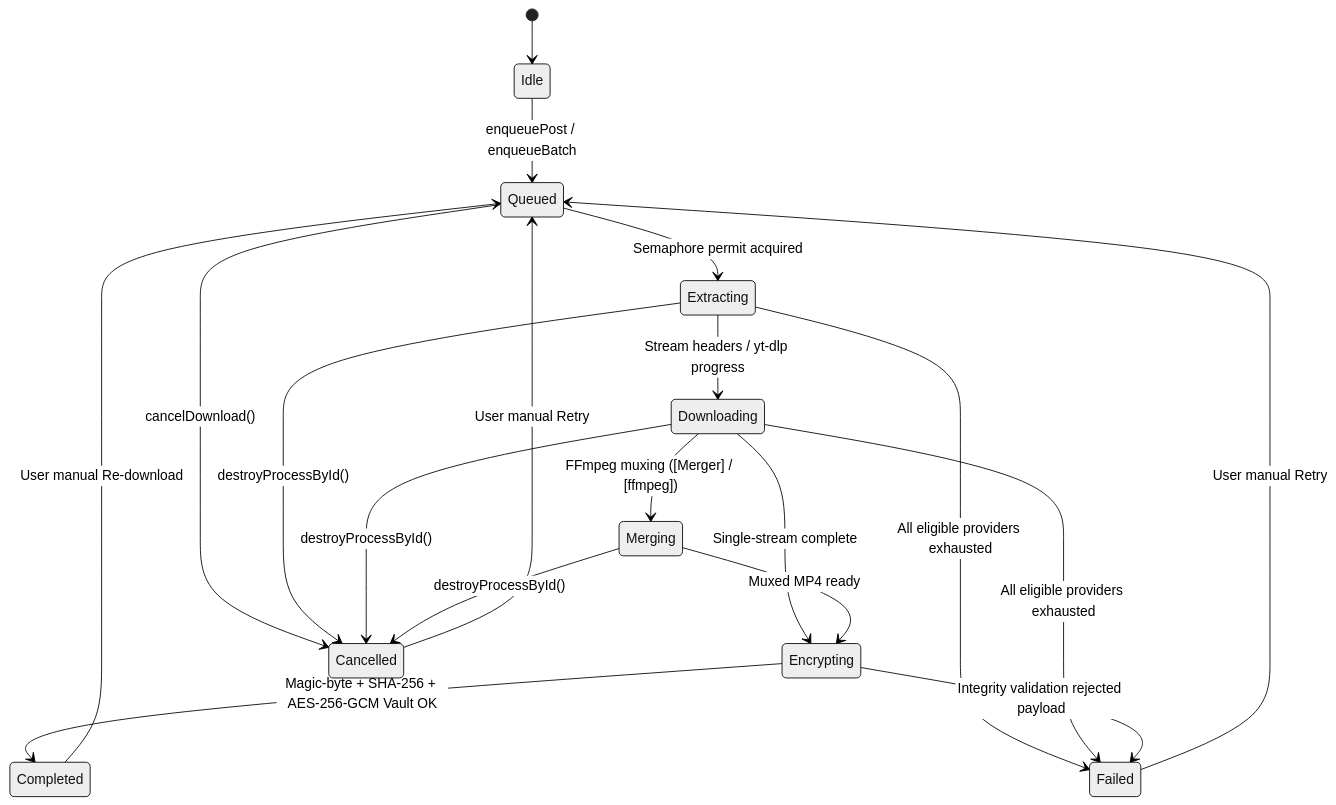
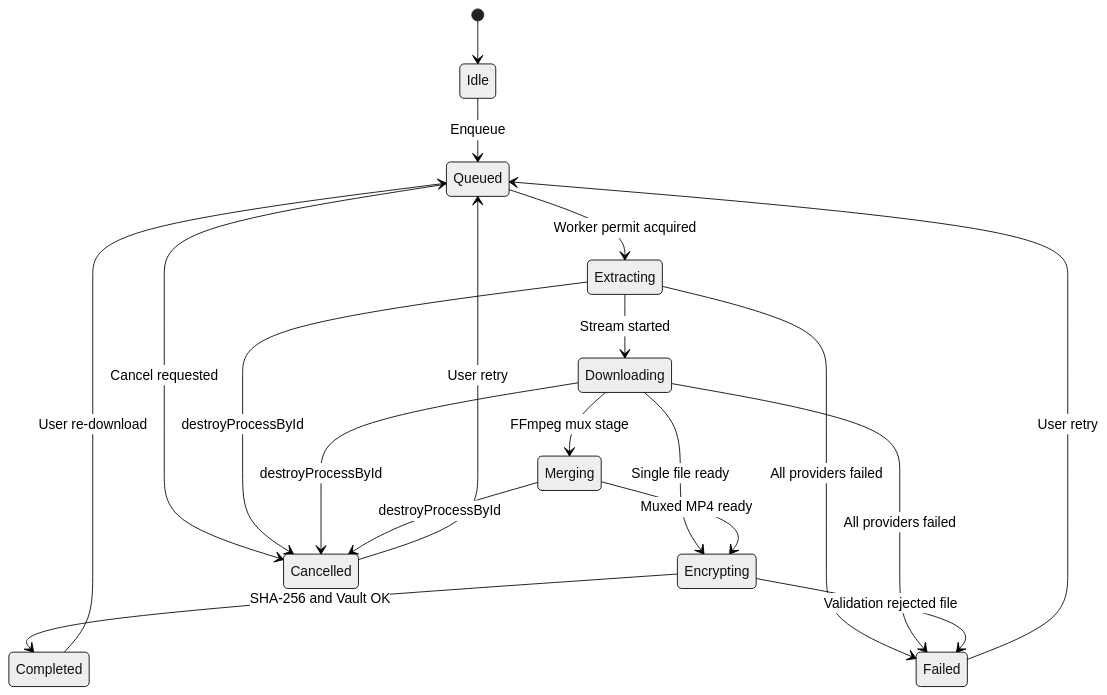
One commit to ramilseferov/instalogger changed the fifth of 6 diagrams in docs/MEDIA_ARCHIVING_ARCHITECTURE.md. Above: the diagram before and after it, drawn with Mermaid (neutral theme). The commit also changed other lines of this file and 1 other file, not shown here.

Commit message:
docs(architecture): redesign Mermaid diagrams for vertical GitHub rendering and fix parser syntax

````diff
--- a/docs/MEDIA_ARCHIVING_ARCHITECTURE.md
+++ b/docs/MEDIA_ARCHIVING_ARCHITECTURE.md
@@ -185,21 +160,21 @@
 ```mermaid
 stateDiagram-v2
     [*] --> Idle
-    Idle --> Queued: enqueuePost / enqueueBatch
-    Queued --> Extracting: Semaphore permit acquired
-    Extracting --> Downloading: Stream headers / yt-dlp progress
-    Downloading --> Merging: FFmpeg muxing ([Merger] / [ffmpeg])
-    Downloading --> Encrypting: Single-stream complete
+    Idle --> Queued: Enqueue
+    Queued --> Extracting: Worker permit acquired
+    Extracting --> Downloading: Stream started
+    Downloading --> Merging: FFmpeg mux stage
+    Downloading --> Encrypting: Single file ready
     Merging --> Encrypting: Muxed MP4 ready
-    Encrypting --> Completed: Magic-byte + SHA-256 + AES-256-GCM Vault OK
-    Queued --> Cancelled: cancelDownload()
-    Extracting --> Cancelled: destroyProcessById()
-    Downloading --> Cancelled: destroyProcessById()
-    Merging --> Cancelled: destroyProcessById()
-    Extracting --> Failed: All eligible providers exhausted
-    Downloading --> Failed: All eligible providers exhausted
-    Encrypting --> Failed: Integrity validation rejected payload
-    Completed --> Queued: User manual Re-download
-    Failed --> Queued: User manual Retry
-    Cancelled --> Queued: User manual Retry
+    Encrypting --> Completed: SHA-256 and Vault OK
+    Queued --> Cancelled: Cancel requested
+    Extracting --> Cancelled: destroyProcessById
+    Downloading --> Cancelled: destroyProcessById
+    Merging --> Cancelled: destroyProcessById
+    Extracting --> Failed: All providers failed
+    Downloading --> Failed: All providers failed
+    Encrypting --> Failed: Validation rejected file
+    Completed --> Queued: User re-download
+    Failed --> Queued: User retry
+    Cancelled --> Queued: User retry
 ```
````
